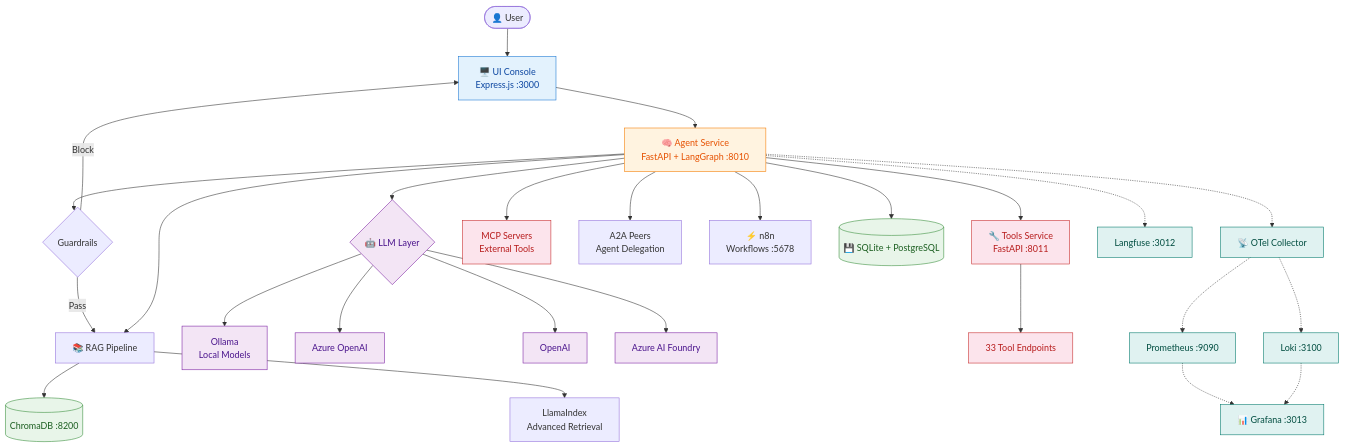
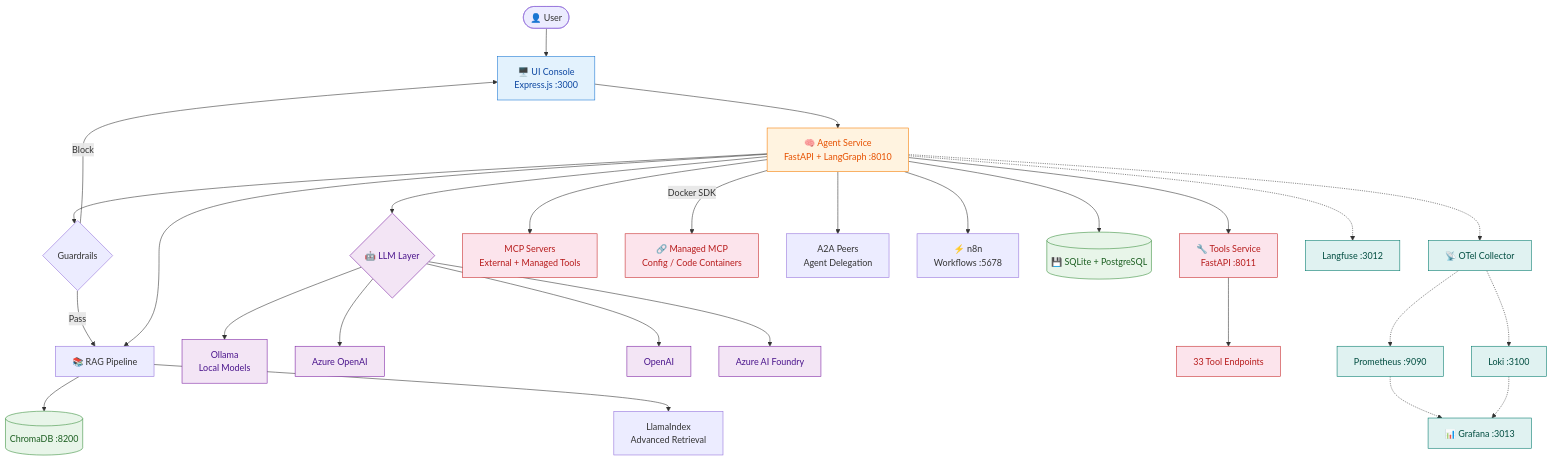
Before and after one commit to rachit0412/agentic-platform: the diagram in docs/architecture-diagram.md, drawn with Mermaid. The commit also changed other lines of this file and 18 other files, not shown here.

First line of the commit message:
feat: MCP runtime integration + managed MCP server provisioning

````diff
--- a/docs/architecture-diagram.md
+++ b/docs/architecture-diagram.md
@@ -3,49 +3,50 @@
 ```mermaid
 flowchart TD
     User([👤 User]) --> UI[🖥️ UI Console<br/>Express.js :3000]
     UI --> Agent[🧠 Agent Service<br/>FastAPI + LangGraph :8010]
 
     Agent --> Guards{Guardrails}
     Guards -->|Pass| RAG
     Guards -->|Block| UI
 
     Agent --> RAG[📚 RAG Pipeline]
     RAG --> Chroma[(ChromaDB :8200)]
     RAG --> LlamaIdx[LlamaIndex<br/>Advanced Retrieval]
 
     Agent --> LLM{🤖 LLM Layer}
     LLM --> Ollama[Ollama<br/>Local Models]
     LLM --> AzureOAI[Azure OpenAI]
     LLM --> OpenAI[OpenAI]
     LLM --> Foundry[Azure AI Foundry]
 
     Agent --> Tools[🔧 Tools Service<br/>FastAPI :8011]
     Tools --> BuiltIn[33 Tool Endpoints]
 
-    Agent --> MCP[MCP Servers<br/>External Tools]
+    Agent --> MCP[MCP Servers<br/>External + Managed Tools]
+    Agent -->|Docker SDK| ManagedMCP[🔗 Managed MCP<br/>Config / Code Containers]
     Agent --> A2A[A2A Peers<br/>Agent Delegation]
     Agent --> N8N[⚡ n8n<br/>Workflows :5678]
 
     Agent --> Data[(💾 SQLite + PostgreSQL)]
 
     Agent -.-> OTel[📡 OTel Collector]
     Agent -.-> Langfuse[Langfuse :3012]
     OTel -.-> Prom[Prometheus :9090]
     OTel -.-> Loki[Loki :3100]
     Prom -.-> Grafana[📊 Grafana :3013]
     Loki -.-> Grafana
 
     classDef frontend fill:#e3f2fd,stroke:#1976d2,color:#0d47a1
     classDef agent fill:#fff3e0,stroke:#f57c00,color:#e65100
     classDef llm fill:#f3e5f5,stroke:#7b1fa2,color:#4a148c
     classDef data fill:#e8f5e9,stroke:#388e3c,color:#1b5e20
     classDef obs fill:#e0f2f1,stroke:#00796b,color:#004d40
     classDef tools fill:#fce4ec,stroke:#c62828,color:#b71c1c
 
     class UI frontend
     class Agent agent
     class LLM,Ollama,AzureOAI,OpenAI,Foundry llm
     class Data,Chroma data
     class OTel,Langfuse,Prom,Loki,Grafana obs
-    class Tools,BuiltIn,MCP tools
+    class Tools,BuiltIn,MCP,ManagedMCP tools
 ```
````
